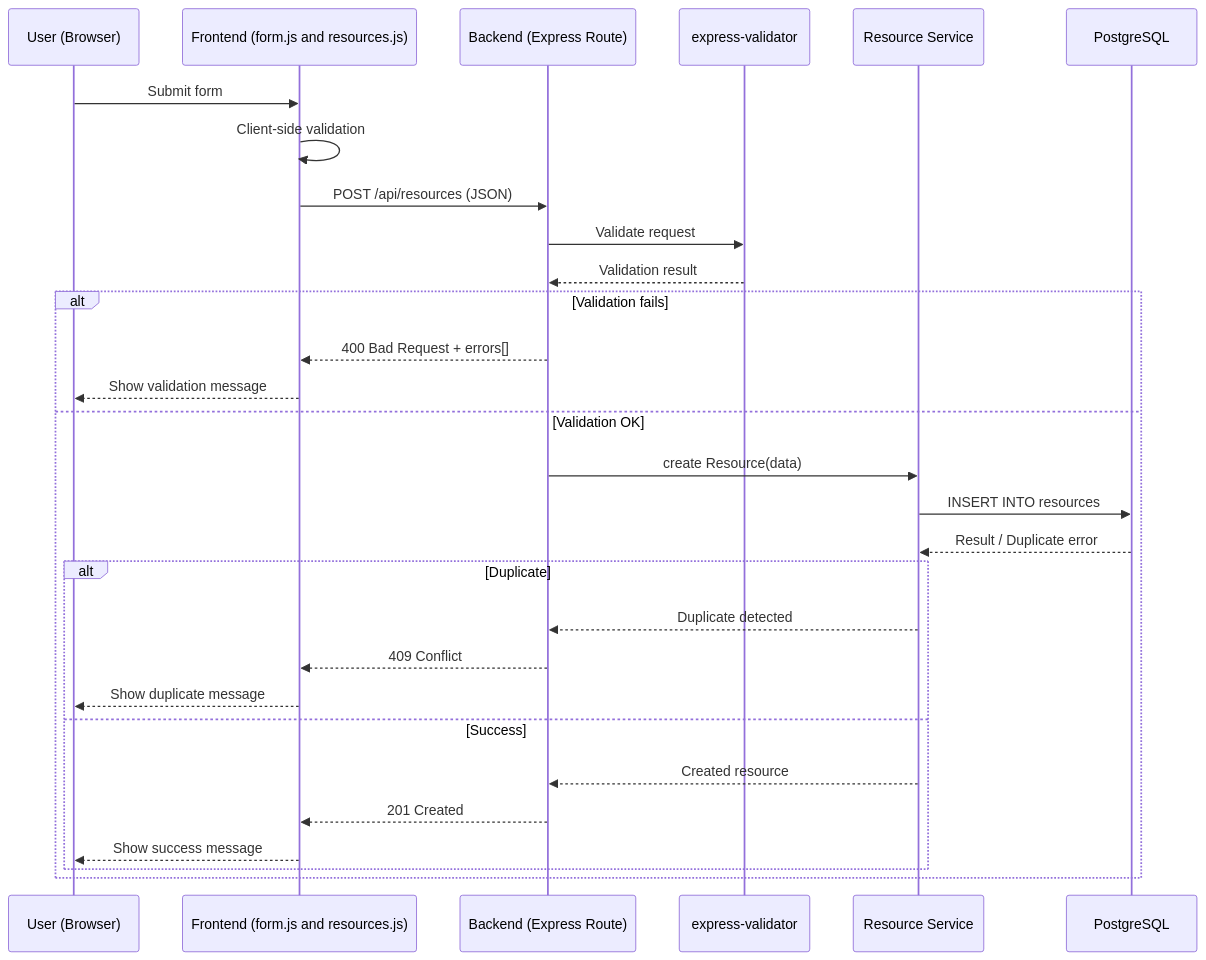
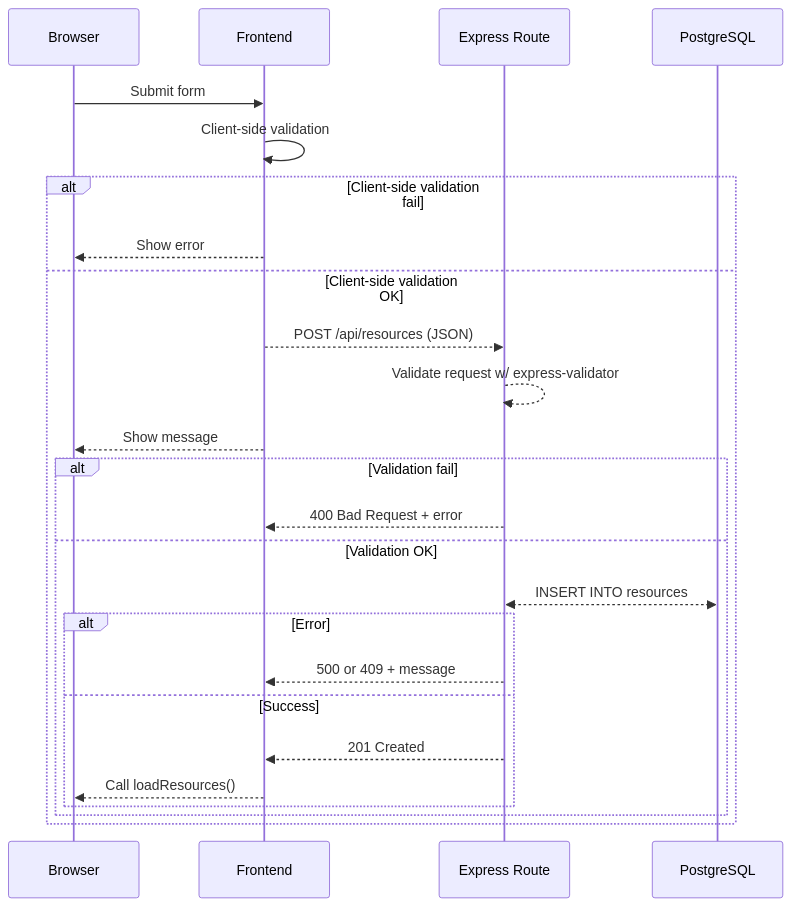
Before and after one commit to samipaa/webdev2026: the first of 4 diagrams in BookingSystem/Phase6/G1_CRUD_DataFlow.md, drawn with Mermaid. The commit also changed other lines of this file, not shown here.

Commit message:
add diagrams

````diff
--- a/BookingSystem/Phase6/G1_CRUD_DataFlow.md
+++ b/BookingSystem/Phase6/G1_CRUD_DataFlow.md
@@ -3,35 +3,31 @@
 ```mermaid
 sequenceDiagram
-    participant U as User (Browser)
-    participant F as Frontend (form.js and resources.js)
-    participant B as Backend (Express Route)
-    participant V as express-validator
-    participant S as Resource Service
+    participant U as Browser
+    participant F as Frontend
+    participant B as Express Route
     participant DB as PostgreSQL
 
     U->>F: Submit form
     F->>F: Client-side validation
-    F->>B: POST /api/resources (JSON)
 
-    B->>V: Validate request
-    V-->>B: Validation result
+    alt Client-side validation fail
+        F-->>U: Show error
+    else Client-side validation OK
+        F-->>B: POST /api/resources (JSON)
+        B-->>B: Validate request w/ express-validator
+        F-->>U: Show message
 
-    alt Validation fails
-        B-->>F: 400 Bad Request + errors[]
-        F-->>U: Show validation message
-    else Validation OK
-        B->>S: create Resource(data)
-        S->>DB: INSERT INTO resources
-        DB-->>S: Result / Duplicate error
+        alt Validation fail
+            B-->>F: 400 Bad Request + error
+        else Validation OK
+            B<<-->>DB: INSERT INTO resources
 
-        alt Duplicate
-            S-->>B: Duplicate detected
-            B-->>F: 409 Conflict
-            F-->>U: Show duplicate message
-        else Success
-            S-->>B: Created resource
-            B-->>F: 201 Created
-            F-->>U: Show success message
+            alt Error
+                B-->>F: 500 or 409 + message
+            else Success
+                B-->>F: 201 Created
+                F-->>U: Call loadResources()
+            end
         end
     end
 ```
````
